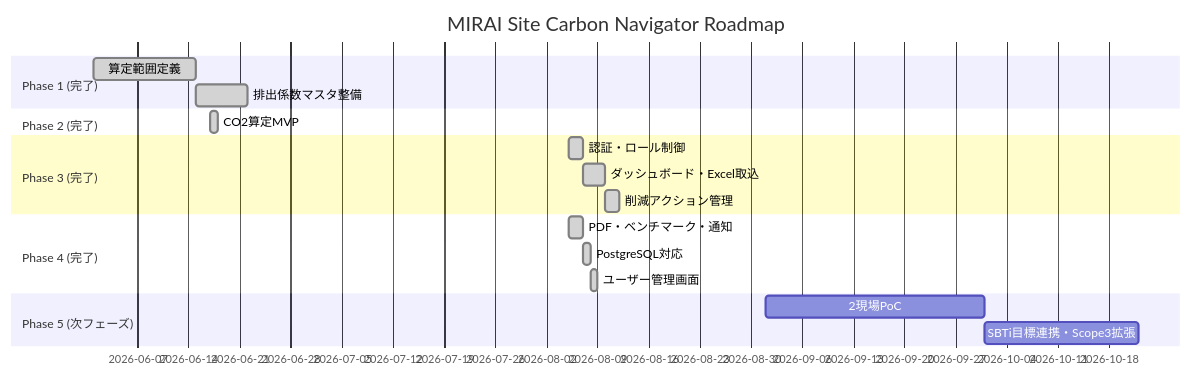
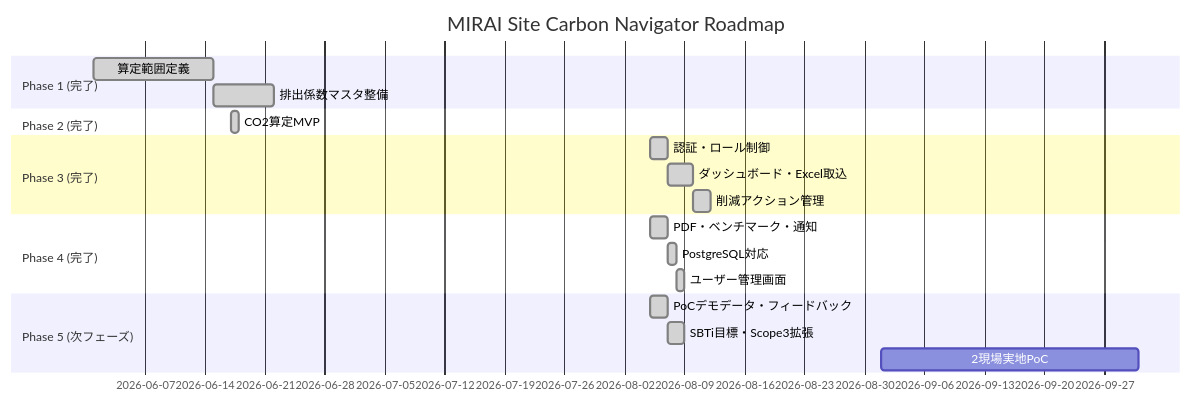
The second of 2 diagrams in README.md (Kensan196948G/MIRAI_Site_Carbon_Navigator), drawn with Mermaid before and after one commit. The commit also changed other lines of this file and 19 other files, not shown here.

Commit message:
feat: PoCデモデータ/現場フィードバック/SBTi目標/Scope3拡張を実装し114テスト通過

````diff
--- a/README.md
+++ b/README.md
@@ -192,21 +215,22 @@
 ```mermaid
 gantt
   title MIRAI Site Carbon Navigator Roadmap
   dateFormat YYYY-MM-DD
   section Phase 1 (完了)
   算定範囲定義             :done, a1, 2026-06-01, 14d
   排出係数マスタ整備       :done, a2, after a1, 7d
   section Phase 2 (完了)
   CO2算定MVP              :done, b1, 2026-06-17, 1d
   section Phase 3 (完了)
   認証・ロール制御         :done, c1, 2026-08-05, 2d
   ダッシュボード・Excel取込 :done, c2, after c1, 3d
   削減アクション管理       :done, c3, after c2, 2d
   section Phase 4 (完了)
   PDF・ベンチマーク・通知   :done, d1, 2026-08-05, 2d
   PostgreSQL対応           :done, d2, after d1, 1d
   ユーザー管理画面          :done, d3, after d2, 1d
   section Phase 5 (次フェーズ)
-  2現場PoC                :e1, 2026-09-01, 30d
-  SBTi目標連携・Scope3拡張 :e2, after e1, 21d
+  PoCデモデータ・フィードバック :done, e1, 2026-08-05, 2d
+  SBTi目標・Scope3拡張        :done, e2, after e1, 2d
+  2現場実地PoC                :e3, 2026-09-01, 30d
 ```
````
